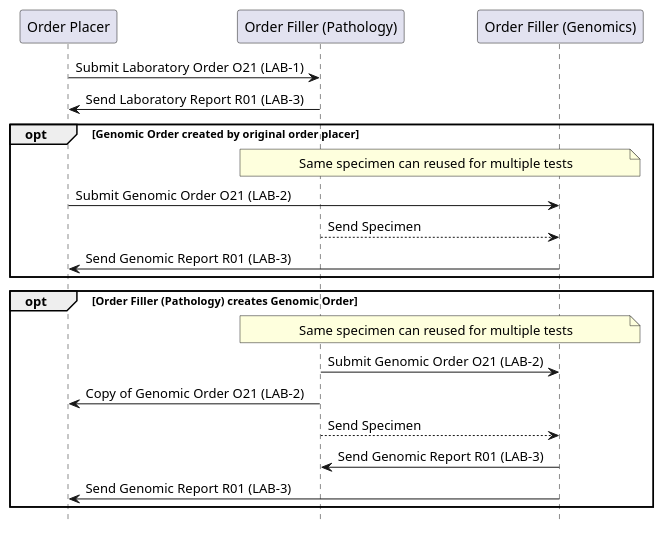
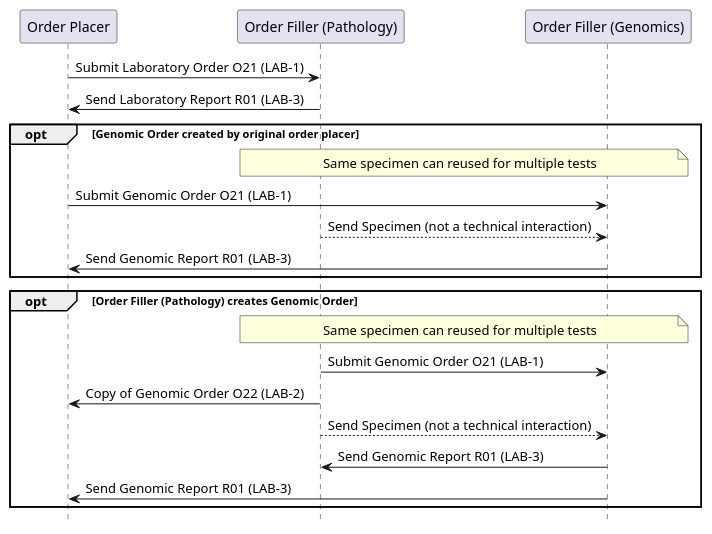
One commit to nw-gmsa/nw-gmsa.github.com changed the diagram in input/images-source/LTW-usecase-3-sequence.plantuml. Above: the diagram before and after it, drawn with PlantUML.

Commit message:
Data types

```diff
--- a/input/images-source/LTW-usecase-3-sequence.plantuml
+++ b/input/images-source/LTW-usecase-3-sequence.plantuml
@@ -1,34 +1,34 @@
 @startuml
 
 hide footbox
 
 participant "Order Placer" as EPR
 participant "Order Filler (Pathology)" as LIMSP
 participant "Order Filler (Genomics)" as LIMSG
 
 
 EPR -> LIMSP: Submit Laboratory Order O21 (LAB-1)
 LIMSP -> EPR: Send Laboratory Report R01 (LAB-3)
 
 opt Genomic Order created by original order placer
 
 note over LIMSP, LIMSG
 Same specimen can reused for multiple tests
 end note
-EPR -> LIMSG: Submit Genomic Order O21 (LAB-2)
-LIMSP --> LIMSG: Send Specimen
+EPR -> LIMSG: Submit Genomic Order O21 (LAB-1)
+LIMSP --> LIMSG: Send Specimen (not a technical interaction)
 LIMSG -> EPR: Send Genomic Report R01 (LAB-3)
 end
 
 opt Order Filler (Pathology) creates Genomic Order
 note over LIMSP, LIMSG
 Same specimen can reused for multiple tests
 end note
-LIMSP -> LIMSG: Submit Genomic Order O21 (LAB-2)
-LIMSP -> EPR: Copy of Genomic Order O21 (LAB-2)
-LIMSP --> LIMSG: Send Specimen
+LIMSP -> LIMSG: Submit Genomic Order O21 (LAB-1)
+LIMSP -> EPR: Copy of Genomic Order O22 (LAB-2)
+LIMSP --> LIMSG: Send Specimen (not a technical interaction)
 LIMSG -> LIMSP: Send Genomic Report R01 (LAB-3)
 LIMSG -> EPR: Send Genomic Report R01 (LAB-3)
 end
 
 @enduml
```
